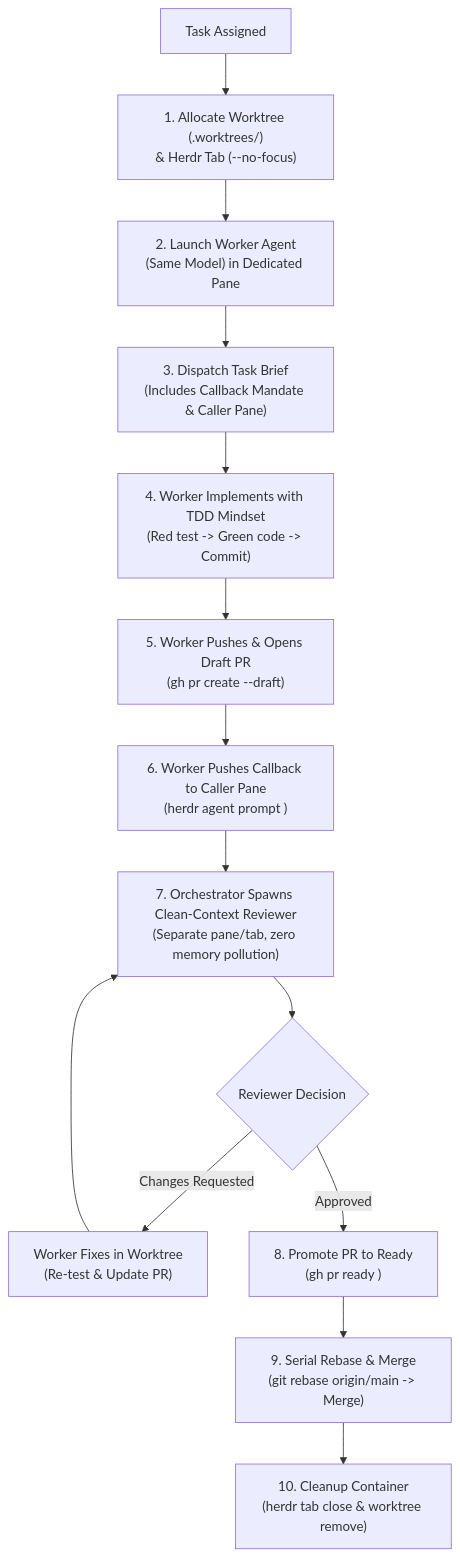
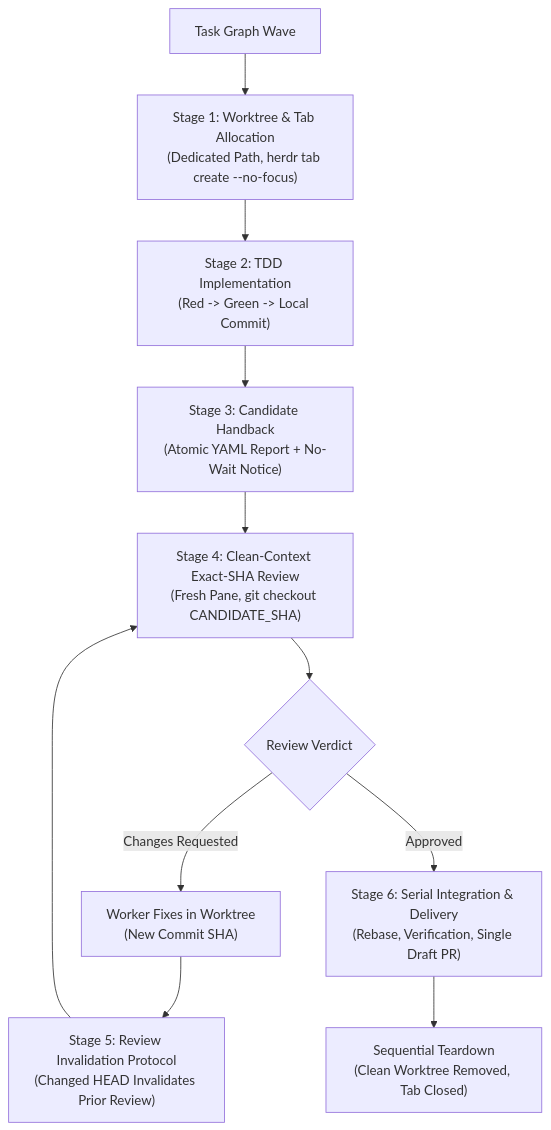
The diagram in skills/herdr/SKILL.md (yigitkonur/skills-by-yigitkonur), drawn with Mermaid before and after one commit. The commit also changed other lines of this file and 1 other file, not shown here.

Commit message:
feat(herdr): rewrite operational router and update README for codex-first model

````diff
--- a/skills/herdr/SKILL.md
+++ b/skills/herdr/SKILL.md
@@ -84,16 +111,13 @@
 ```mermaid
 flowchart TD
-    A["Task Assigned"] --> B["1. Allocate Worktree (.worktrees/<task>)<br/>& Herdr Tab (--no-focus)"]
-    B --> C["2. Launch Worker Agent<br/>(Same Model) in Dedicated Pane"]
-    C --> D["3. Dispatch Task Brief<br/>(Includes Callback Mandate & Caller Pane)"]
-    D --> E["4. Worker Implements with TDD Mindset<br/>(Red test -> Green code -> Commit)"]
-    E --> F["5. Worker Pushes & Opens Draft PR<br/>(gh pr create --draft)"]
-    F --> G["6. Worker Pushes Callback to Caller Pane<br/>(herdr agent prompt <CALLER_PANE_ID>)"]
-    G --> H["7. Orchestrator Spawns Clean-Context Reviewer<br/>(Separate pane/tab, zero memory pollution)"]
-    H --> I{"Reviewer Decision"}
-    I -->|Changes Requested| J["Worker Fixes in Worktree<br/>(Re-test & Update PR)"]
-    J --> H
-    I -->|Approved| K["8. Promote PR to Ready<br/>(gh pr ready <PR_NUM>)"]
-    K --> L["9. Serial Rebase & Merge<br/>(git rebase origin/main -> Merge)"]
-    L --> M["10. Cleanup Container<br/>(herdr tab close & worktree remove)"]
+    A["Task Graph Wave"] --> B["Stage 1: Worktree & Tab Allocation<br/>(Dedicated Path, herdr tab create --no-focus)"]
+    B --> C["Stage 2: TDD Implementation<br/>(Red -> Green -> Local Commit)"]
+    C --> D["Stage 3: Candidate Handback<br/>(Atomic YAML Report + No-Wait Notice)"]
+    D --> E["Stage 4: Clean-Context Exact-SHA Review<br/>(Fresh Pane, git checkout CANDIDATE_SHA)"]
+    E --> F{"Review Verdict"}
+    F -->|Changes Requested| G["Worker Fixes in Worktree<br/>(New Commit SHA)"]
+    G --> H["Stage 5: Review Invalidation Protocol<br/>(Changed HEAD Invalidates Prior Review)"]
+    H --> E
+    F -->|Approved| I["Stage 6: Serial Integration & Delivery<br/>(Rebase, Verification, Single Draft PR)"]
+    I --> J["Sequential Teardown<br/>(Clean Worktree Removed, Tab Closed)"]
 ```
````
